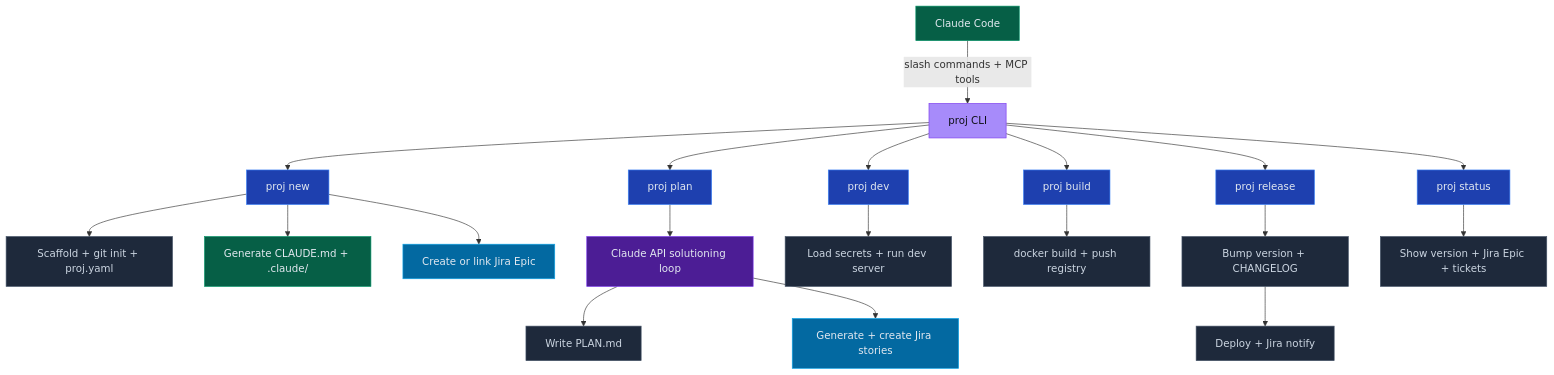
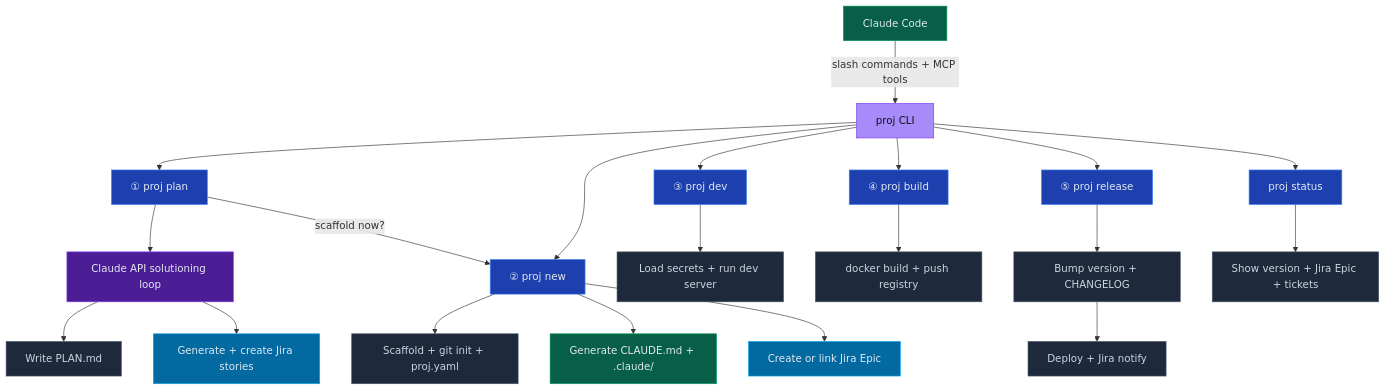
One commit to erosrage/Athena changed the first of 7 diagrams in README.md. Above: the diagram before and after it, drawn with Mermaid. The commit also changed other lines of this file and 4 other files, not shown here.

First line of the commit message:
feat: proj plan runs pre-scaffold + add proj help command

````diff
--- a/README.md
+++ b/README.md
@@ -11,29 +11,30 @@
 ```mermaid
 flowchart TD
     CC["Claude Code"]:::claude
     CLI["proj CLI"]:::entry
     CC -->|"slash commands + MCP tools"| CLI
-    CLI --> NEW["proj new"]:::stage
-    CLI --> PLAN["proj plan"]:::stage
-    CLI --> DEV["proj dev"]:::stage
-    CLI --> BUILD["proj build"]:::stage
-    CLI --> RELEASE["proj release"]:::stage
+    CLI --> PLAN["① proj plan"]:::stage
+    CLI --> NEW["② proj new"]:::stage
+    CLI --> DEV["③ proj dev"]:::stage
+    CLI --> BUILD["④ proj build"]:::stage
+    CLI --> RELEASE["⑤ proj release"]:::stage
     CLI --> STATUS["proj status"]:::stage
+    PLAN --> LLM["Claude API solutioning loop"]:::llm
+    LLM --> PM["Write PLAN.md"]:::action
+    LLM --> J4["Generate + create Jira stories"]:::jira
+    PLAN -->|"scaffold now?"| NEW
     NEW --> S["Scaffold + git init + proj.yaml"]:::action
     NEW --> CG["Generate CLAUDE.md + .claude/"]:::claude
     NEW --> J1["Create or link Jira Epic"]:::jira
-    PLAN --> LLM["Claude API solutioning loop"]:::llm
-    LLM --> PM["Write PLAN.md"]:::action
-    LLM --> J4["Generate + create Jira stories"]:::jira
     DEV --> ENV["Load secrets + run dev server"]:::action
     BUILD --> PUSH["docker build + push registry"]:::action
     RELEASE --> VER["Bump version + CHANGELOG"]:::action
     VER --> DEPLOY["Deploy + Jira notify"]:::action
     STATUS --> JS["Show version + Jira Epic + tickets"]:::action
     classDef entry fill:#a78bfa,stroke:#7c3aed,color:#0f1117
     classDef stage fill:#1e40af,stroke:#3b82f6,color:#e2e8f0
     classDef action fill:#1e293b,stroke:#475569,color:#cbd5e1
     classDef claude fill:#065f46,stroke:#059669,color:#e2e8f0
     classDef jira fill:#0369a1,stroke:#0ea5e9,color:#e2e8f0
     classDef llm fill:#4c1d95,stroke:#7c3aed,color:#e2e8f0
 ```
````
